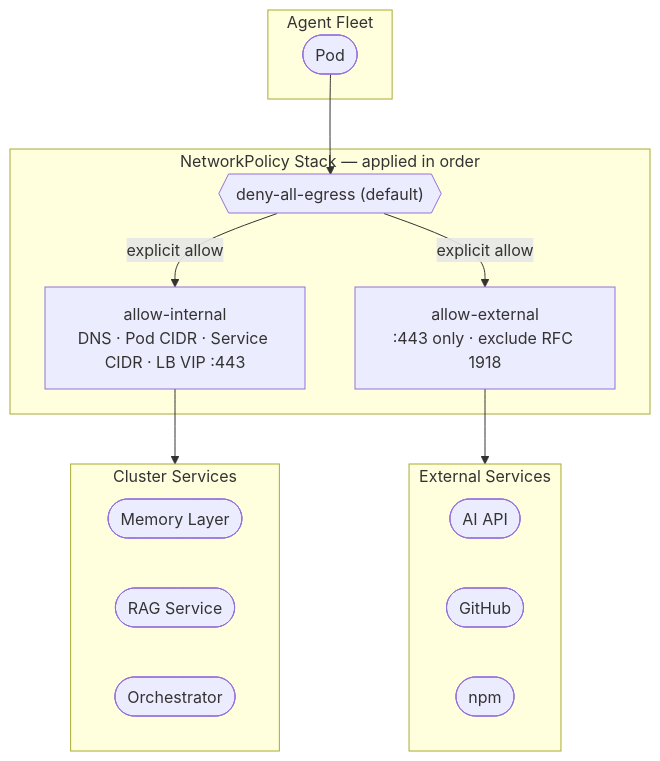
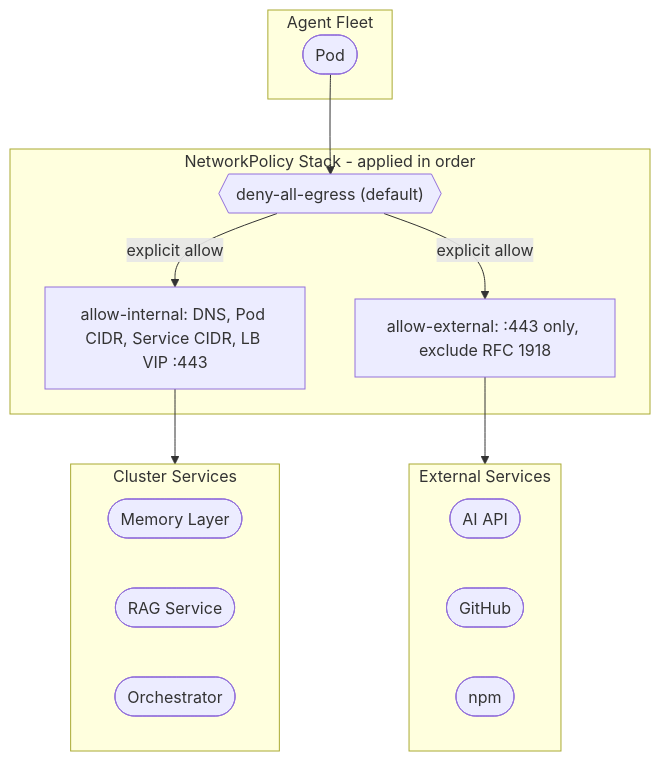
The first of 2 diagrams in src/content/build-logs/agent-fleet-security-hardening.mdx (CyberdaemonAI/cyberdaemon-site), drawn with Mermaid before and after one commit. The commit also changed other lines of this file and 6 other files, not shown here.

First line of the commit message:
fix(mermaid): site-wide em dash and newline fixes in all diagram blocks

````diff
--- a/src/content/build-logs/agent-fleet-security-hardening.mdx
+++ b/src/content/build-logs/agent-fleet-security-hardening.mdx
@@ -47,30 +47,30 @@
 ```mermaid
 flowchart TD
     subgraph fleet["Agent Fleet"]
         Pod([Pod])
     end
 
-    subgraph policies["NetworkPolicy Stack — applied in order"]
+    subgraph policies["NetworkPolicy Stack - applied in order"]
         D{{"deny-all-egress (default)"}}
-        I["allow-internal\nDNS · Pod CIDR · Service CIDR · LB VIP :443"]
-        E["allow-external\n:443 only · exclude RFC 1918"]
+        I["allow-internal: DNS, Pod CIDR, Service CIDR, LB VIP :443"]
+        E["allow-external: :443 only, exclude RFC 1918"]
     end
 
     subgraph cluster["Cluster Services"]
         mem([Memory Layer])
         rag([RAG Service])
         orch([Orchestrator])
     end
 
     subgraph internet["External Services"]
         ai([AI API])
         gh([GitHub])
         npm([npm])
     end
 
     Pod --> D
     D -->|"explicit allow"| I
     D -->|"explicit allow"| E
     I --> cluster
     E --> internet
 ```
````
